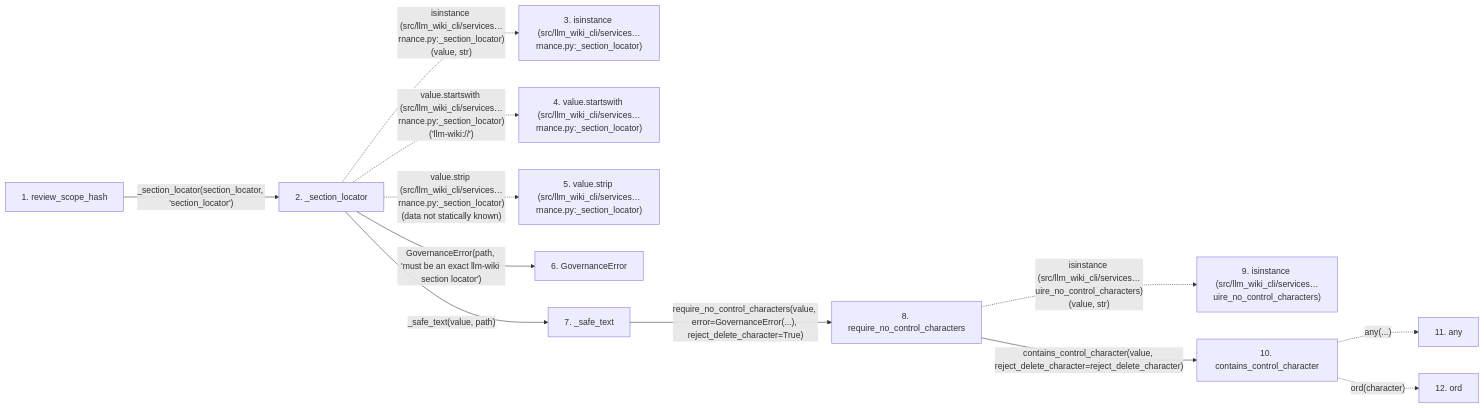
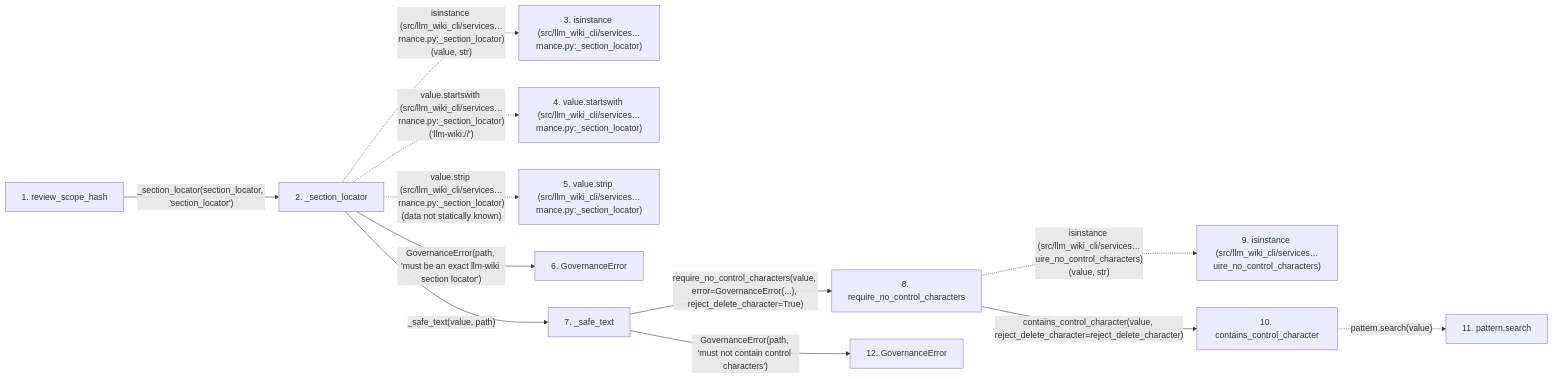
Before and after one commit to Denissvgn/python-wiki-llm: the second of 2 diagrams in docs/llm_wiki/flows/api-review_scope_hash.md, drawn with Mermaid. The commit also changed other lines of this file and 865 other files, not shown here.

````diff
--- a/docs/llm_wiki/flows/api-review_scope_hash.md
+++ b/docs/llm_wiki/flows/api-review_scope_hash.md
@@ -77,32 +78,33 @@
 ```mermaid
 flowchart LR
     s1["1. review_scope_hash"]
     s2["2. _section_locator"]
     s3["3. isinstance (src/llm_wiki_cli/services…rnance.py:_section_locator)"]
     s4["4. value.startswith (src/llm_wiki_cli/services…rnance.py:_section_locator)"]
     s5["5. value.strip (src/llm_wiki_cli/services…rnance.py:_section_locator)"]
     s6["6. GovernanceError"]
     s7["7. _safe_text"]
     s8["8. require_no_control_characters"]
     s9["9. isinstance (src/llm_wiki_cli/services…uire_no_control_characters)"]
     s10["10. contains_control_character"]
-    s11["11. any"]
-    s12["12. ord"]
+    s11["11. pattern.search"]
+    s12["12. GovernanceError"]
     s1 -->|"_section_locator(section_locator, 'section_locator')"| s2
     s2 -. "isinstance (src/llm_wiki_cli/services…rnance.py:_section_locator)(value, str)" .-> s3
     s2 -. "value.startswith (src/llm_wiki_cli/services…rnance.py:_section_locator)('llm-wiki://')" .-> s4
     s2 -. "value.strip (src/llm_wiki_cli/services…rnance.py:_section_locator)(data not statically known)" .-> s5
     s2 -->|"GovernanceError(path, 'must be an exact llm-wiki section locator')"| s6
     s2 -->|"_safe_text(value, path)"| s7
     s7 -->|"require_no_control_characters(value, error=GovernanceError(...), reject_delete_character=True)"| s8
     s8 -. "isinstance (src/llm_wiki_cli/services…uire_no_control_characters)(value, str)" .-> s9
     s8 -->|"contains_control_character(value, reject_delete_character=reject_delete_character)"| s10
-    s10 -. "any(...)" .-> s11
-    s10 -. "ord(character)" .-> s12
+    s10 -. "pattern.search(value)" .-> s11
+    s7 -->|"GovernanceError(path, 'must not contain control characters')"| s12
     click s1 "../modules/knowledge_governance.md"
     click s2 "../modules/knowledge_governance.md"
     click s6 "../modules/knowledge_governance.md"
     click s7 "../modules/knowledge_governance.md"
     click s8 "../modules/validation.md"
     click s10 "../modules/validation.md"
+    click s12 "../modules/knowledge_governance.md"
 ```
````
